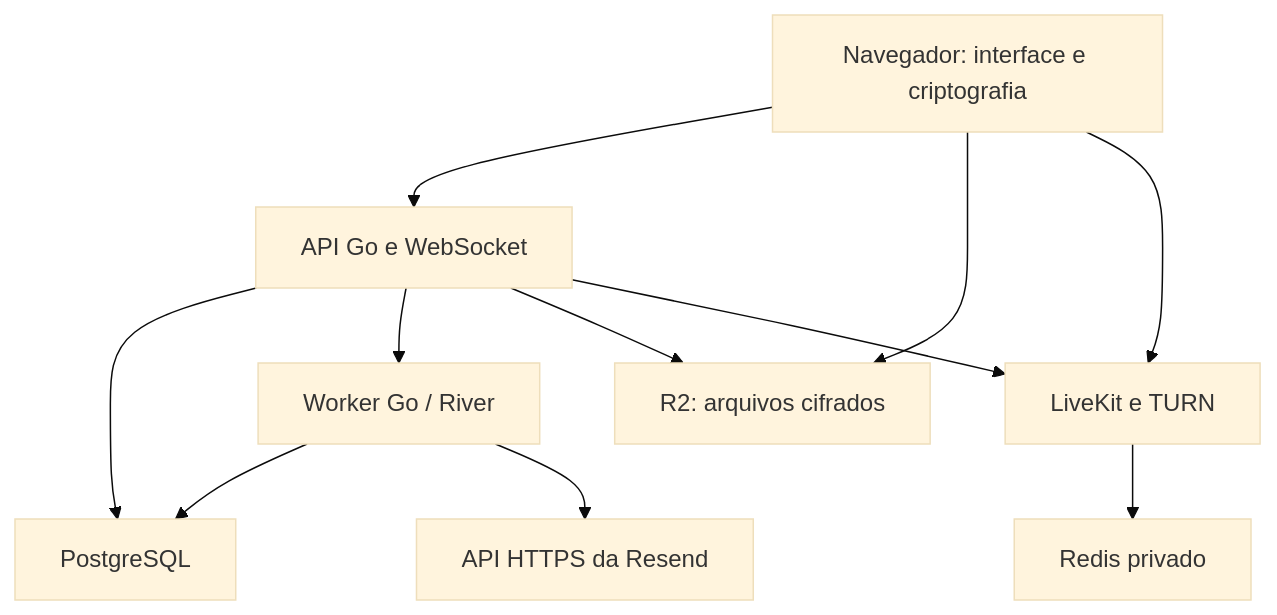
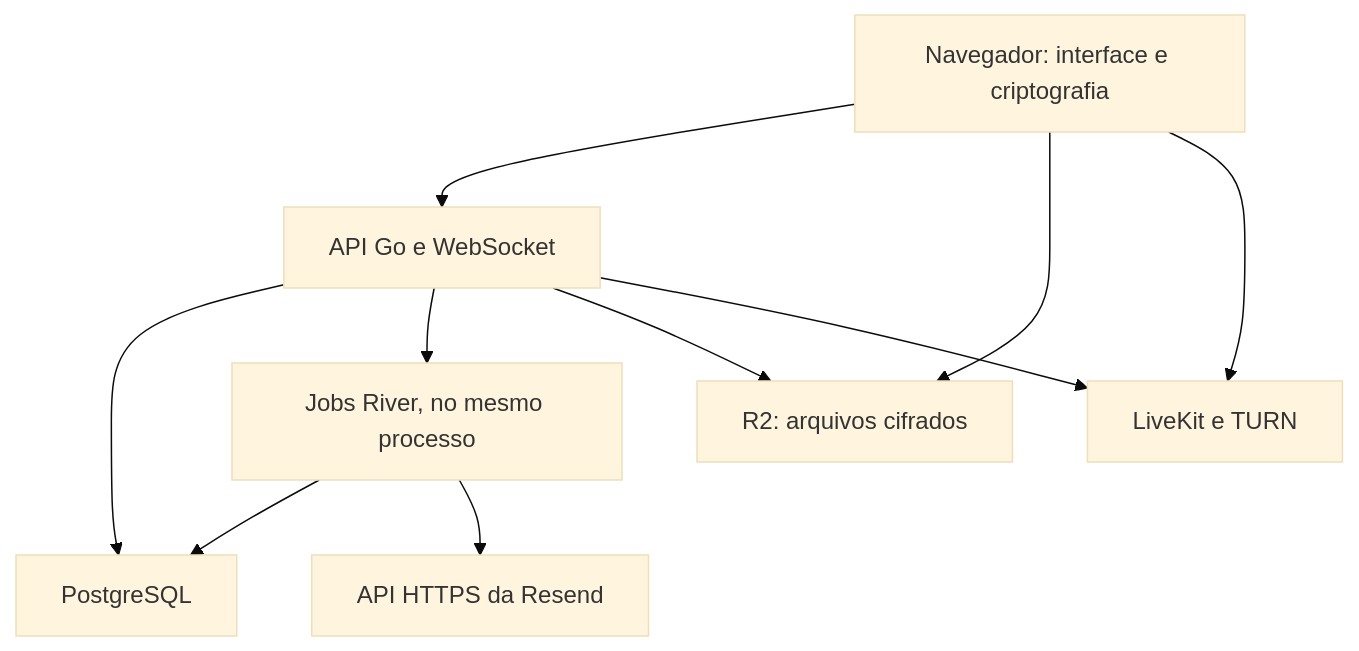
Before and after one commit to GuilhermeVgl/oddkin-comms: the diagram in SPEC.md, drawn with Mermaid (base theme). The commit also changed other lines of this file and 24 other files, not shown here.

````diff
--- a/SPEC.md
+++ b/SPEC.md
@@ -118,13 +118,12 @@
 ```mermaid
 flowchart TD
   B["Navegador: interface e criptografia"] --> A["API Go e WebSocket"]
   A --> P["PostgreSQL"]
-  A --> J["Worker Go / River"]
+  A --> J["Jobs River, no mesmo processo"]
   J --> P
   J --> E["API HTTPS da Resend"]
   B --> R["R2: arquivos cifrados"]
   A --> R
   B --> L["LiveKit e TURN"]
   A --> L
-  L --> D["Redis privado"]
 ```
````
